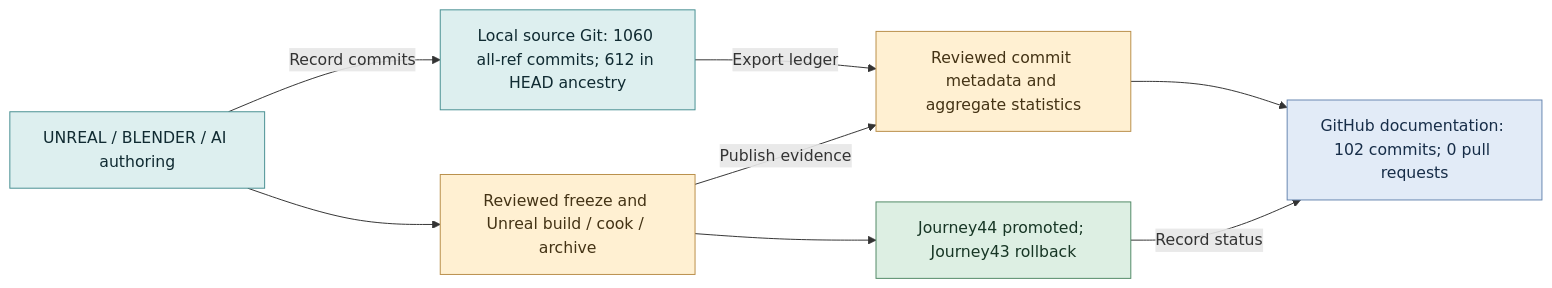
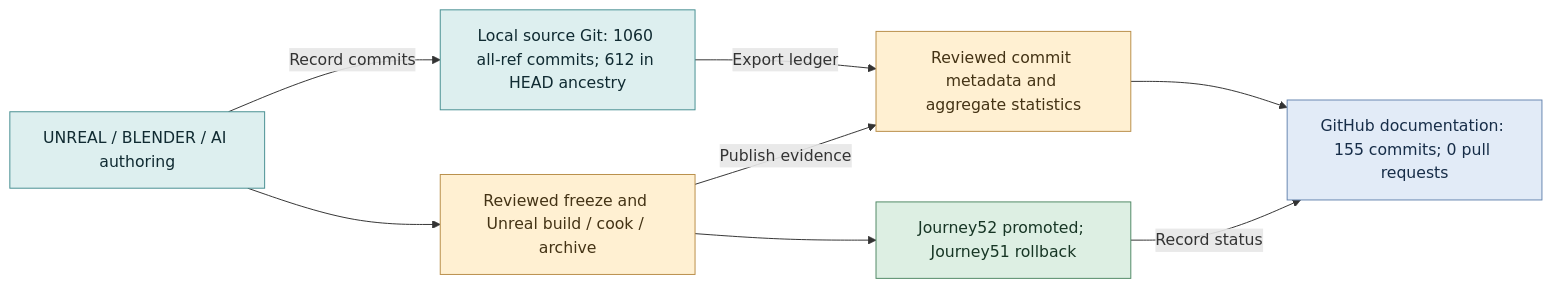
One commit to CA-The-destroyer/G-Ash_Road_ep1 changed the diagram in docs/diagrams/development-history-flow.md. Above: the diagram before and after it, drawn with Mermaid. The commit also changed other lines of this file and 22 other files, not shown here.

Commit message:
docs: refresh November4 metrics, Journey52 status and compute diagrams

````diff
--- a/docs/diagrams/development-history-flow.md
+++ b/docs/diagrams/development-history-flow.md
@@ -15,18 +15,18 @@
 ```mermaid
 flowchart LR
     authorWork["UNREAL / BLENDER / AI authoring"] --> freezeUat["Reviewed freeze and Unreal build / cook / archive"]
-    freezeUat --> playableRelease["Journey44 promoted; Journey43 rollback"]
+    freezeUat --> playableRelease["Journey52 promoted; Journey51 rollback"]
     authorWork -->|"Record commits"| sourceHistory["Local source Git: 1060 all-ref commits; 612 in HEAD ancestry"]
     sourceHistory -->|"Export ledger"| publicMetadata["Reviewed commit metadata and aggregate statistics"]
     freezeUat -->|"Publish evidence"| publicMetadata
-    publicMetadata --> docsHistory["GitHub documentation: 102 commits; 0 pull requests"]
+    publicMetadata --> docsHistory["GitHub documentation: 155 commits; 0 pull requests"]
     playableRelease -->|"Record status"| docsHistory
     classDef source fill:#DDEFEF,stroke:#478F91,color:#102B32;
     classDef delivery fill:#FFF0D2,stroke:#B98E49,color:#443315;
     classDef released fill:#DDEFE3,stroke:#508965,color:#173625;
     classDef docs fill:#E2EBF7,stroke:#6686B0,color:#172D48;
     class authorWork,sourceHistory source;
     class freezeUat,publicMetadata delivery;
     class playableRelease released;
     class docsHistory docs;
 ```
````
